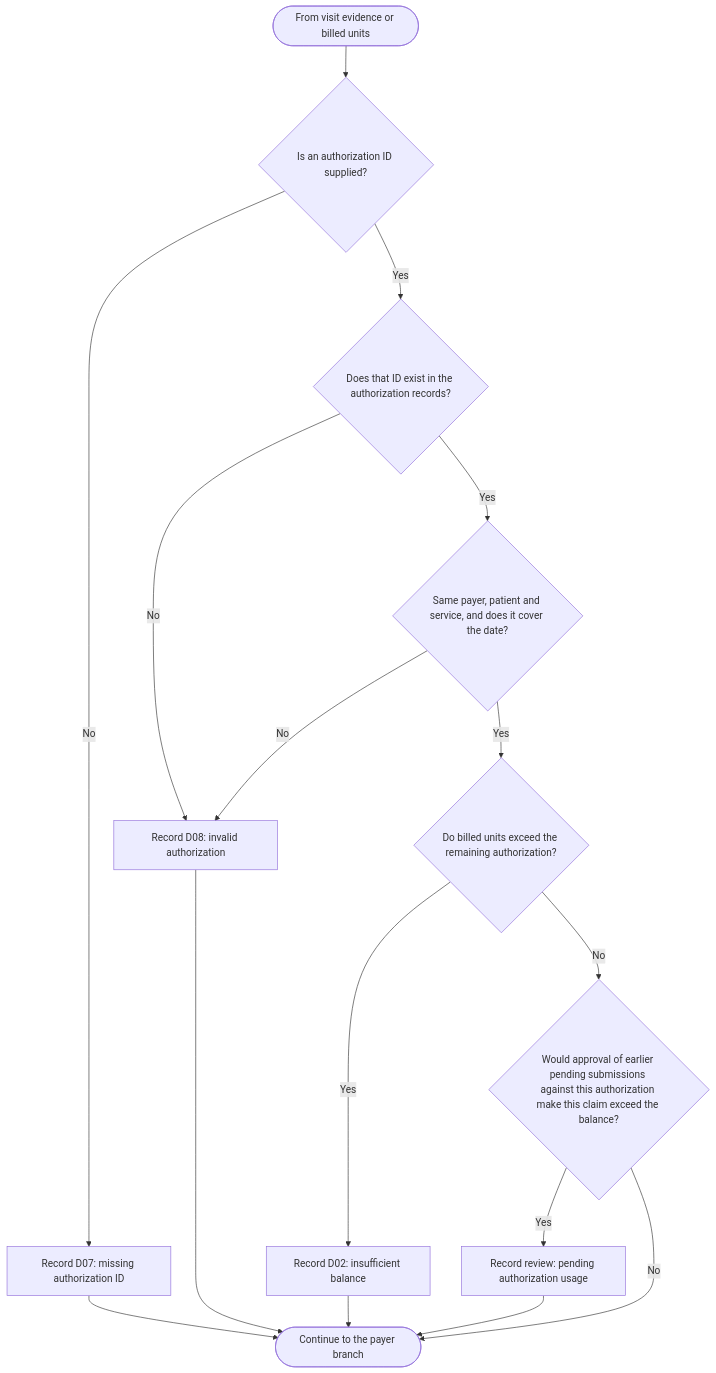
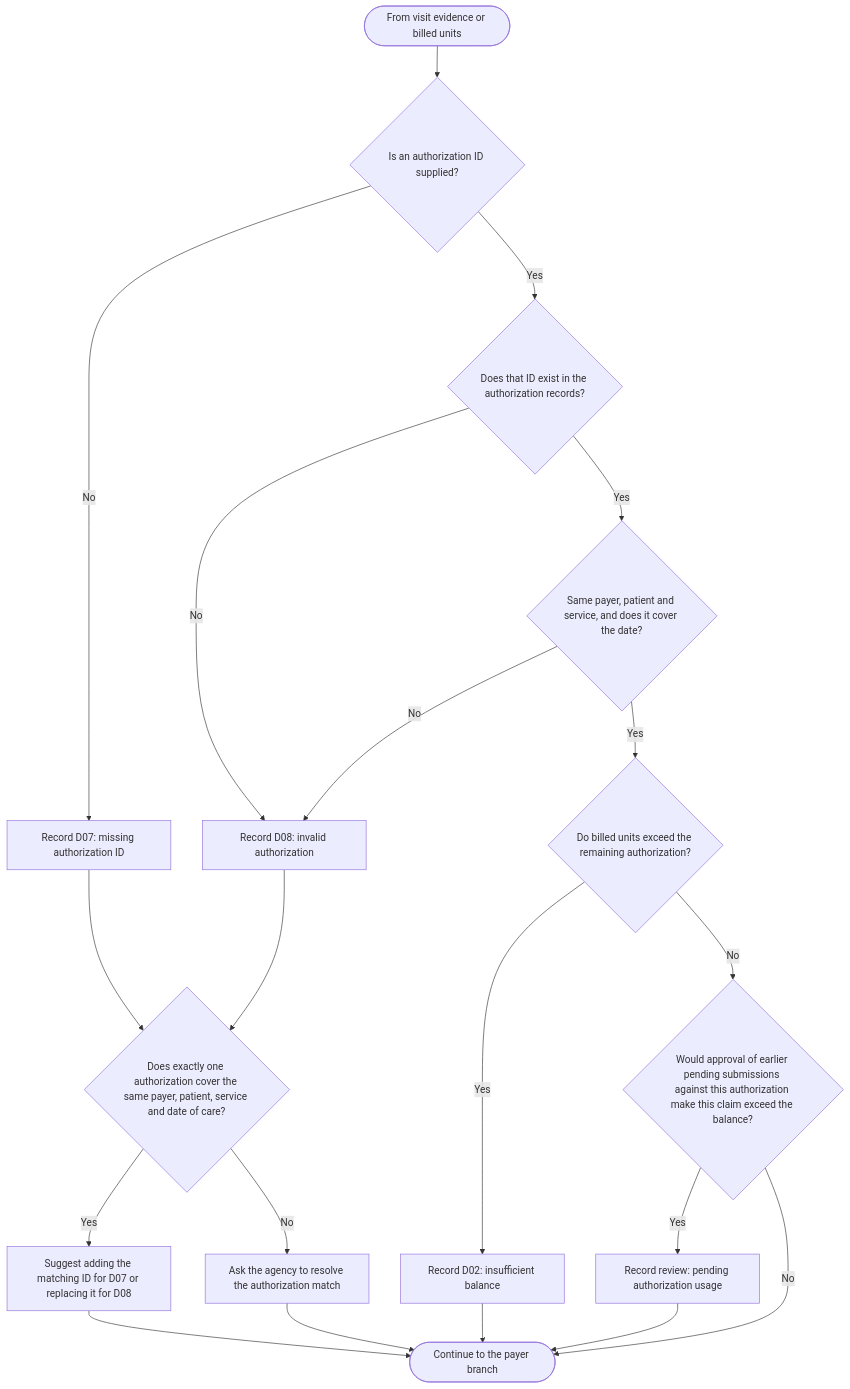
The fourth of 7 diagrams in checker/README.md (Mariam-18/exchange4health-claims), drawn with Mermaid before and after one commit.

Commit message:
Show suggested fixes in the authorization flowchart

````diff
--- a/checker/README.md
+++ b/checker/README.md
@@ -80,20 +80,25 @@
 ```mermaid
 flowchart TD
 Start(["From visit evidence or billed units"]) --> A
     A{"Is an authorization ID supplied?"}
     A -->|No| D7["Record D07: missing authorization ID"]
     A -->|Yes| E{"Does that ID exist in the authorization records?"}
     E -->|No| D8["Record D08: invalid authorization"]
     E -->|Yes| M{"Same payer, patient and service, and does it cover the date?"}
     M -->|No| D8
     M -->|Yes| B{"Do billed units exceed the remaining authorization?"}
     B -->|Yes| D2["Record D02: insufficient balance"]
     B -->|No| BS{"Would approval of earlier pending submissions against this authorization make this claim exceed the balance?"}
     BS -->|Yes| BR["Record review: pending authorization usage"]
     BS -->|No| Next
-    D7 --> Next
-    D8 --> Next
+    D7 --> C
+    D8 --> C
+    C{"Does exactly one authorization cover the same payer, patient, service and date of care?"}
+    C -->|Yes| Fix["Suggest adding the matching ID for D07 or replacing it for D08"]
+    C -->|No| Review["Ask the agency to resolve the authorization match"]
+    Fix --> Next
+    Review --> Next
     D2 --> Next
     BR --> Next
     Next(["Continue to the payer branch"])
 ```
````
